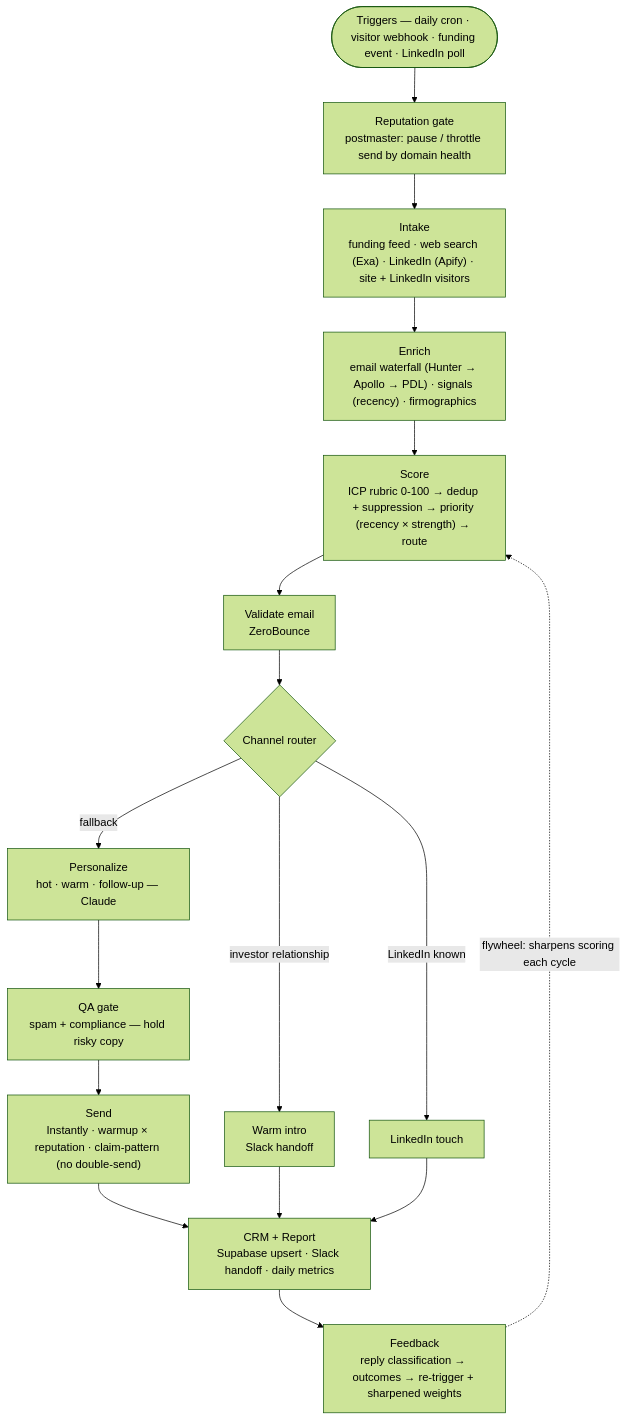
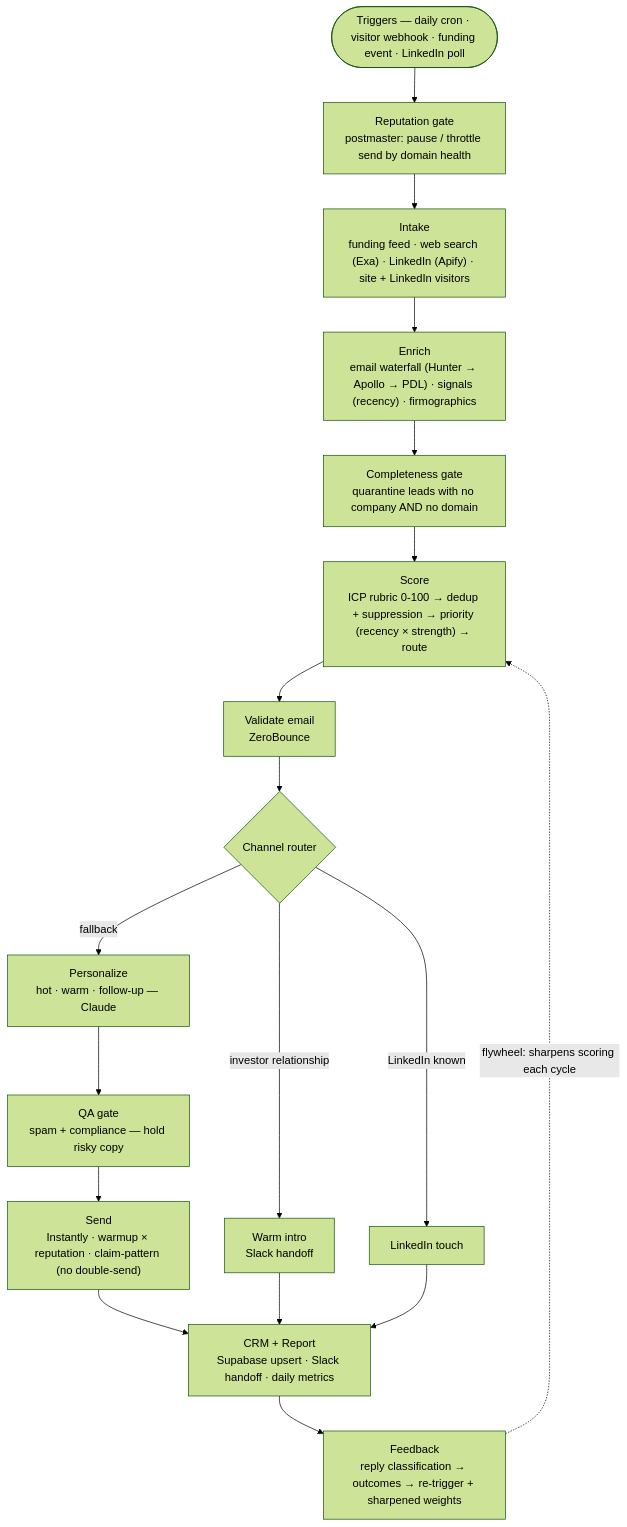
One commit to zahar-t/gtm_windmill_flow changed the diagram in README.md. Above: the diagram before and after it, drawn with Mermaid (forest theme). The commit also changed other lines of this file and 54 other files, not shown here.

Commit message:
Node envelope + dead-letter, completeness gate, priority re-rank, reply classification, reporting rates, LLM-cost + DLQ alerts, and the pytest/CI gate suite

````diff
--- a/README.md
+++ b/README.md
@@ -29,19 +29,20 @@
 ```mermaid
 flowchart TD
     T(["Triggers — daily cron · visitor webhook · funding event · LinkedIn poll"]) --> R["Reputation gate<br/>postmaster: pause / throttle send by domain health"]
     R --> I["Intake<br/>funding feed · web search (Exa) · LinkedIn (Apify) · site + LinkedIn visitors"]
     I --> E["Enrich<br/>email waterfall (Hunter → Apollo → PDL) · signals (recency) · firmographics"]
-    E --> SC["Score<br/>ICP rubric 0-100 → dedup + suppression → priority (recency × strength) → route"]
+    E --> EC["Completeness gate<br/>quarantine leads with no company AND no domain"]
+    EC --> SC["Score<br/>ICP rubric 0-100 → dedup + suppression → priority (recency × strength) → route"]
     SC --> V["Validate email<br/>ZeroBounce"]
     V --> CH{"Channel router"}
     CH -->|"investor relationship"| INTRO["Warm intro<br/>Slack handoff"]
     CH -->|"LinkedIn known"| LI["LinkedIn touch"]
     CH -->|"fallback"| PZ["Personalize<br/>hot · warm · follow-up — Claude"]
     PZ --> QA["QA gate<br/>spam + compliance — hold risky copy"]
     QA --> SEND["Send<br/>Instantly · warmup × reputation · claim-pattern (no double-send)"]
     SEND --> CRM["CRM + Report<br/>Supabase upsert · Slack handoff · daily metrics"]
     INTRO --> CRM
     LI --> CRM
     CRM --> FB["Feedback<br/>reply classification → outcomes → re-trigger + sharpened weights"]
     FB -.->|"flywheel: sharpens scoring each cycle"| SC
 ```
````
